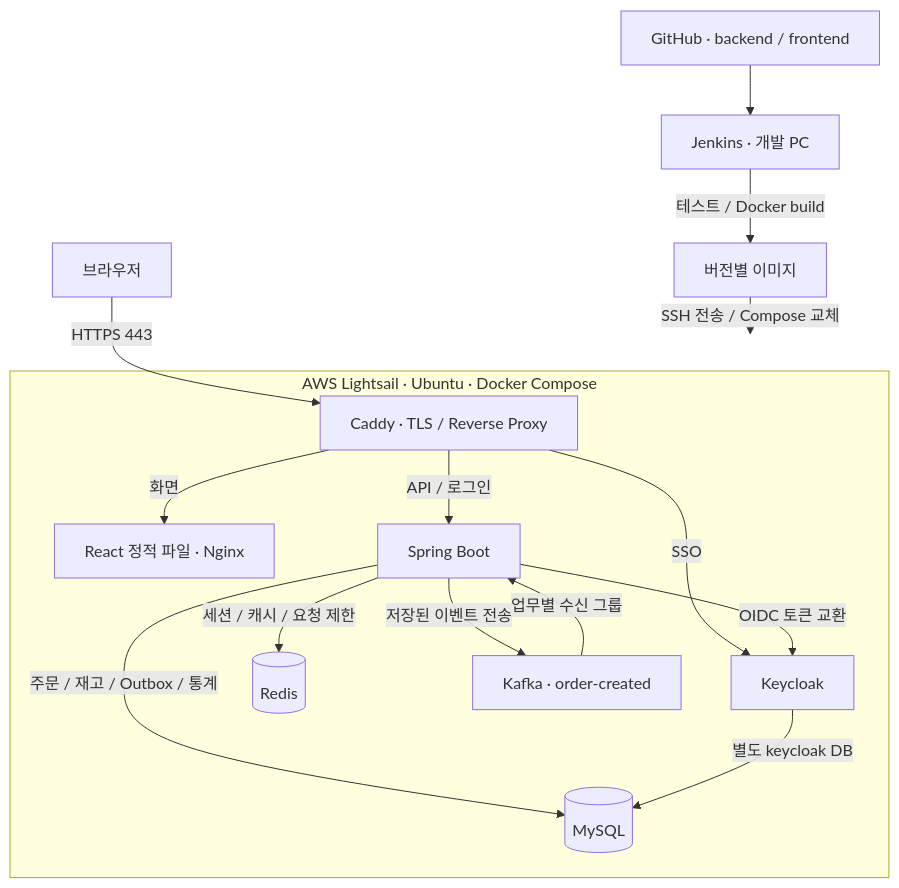
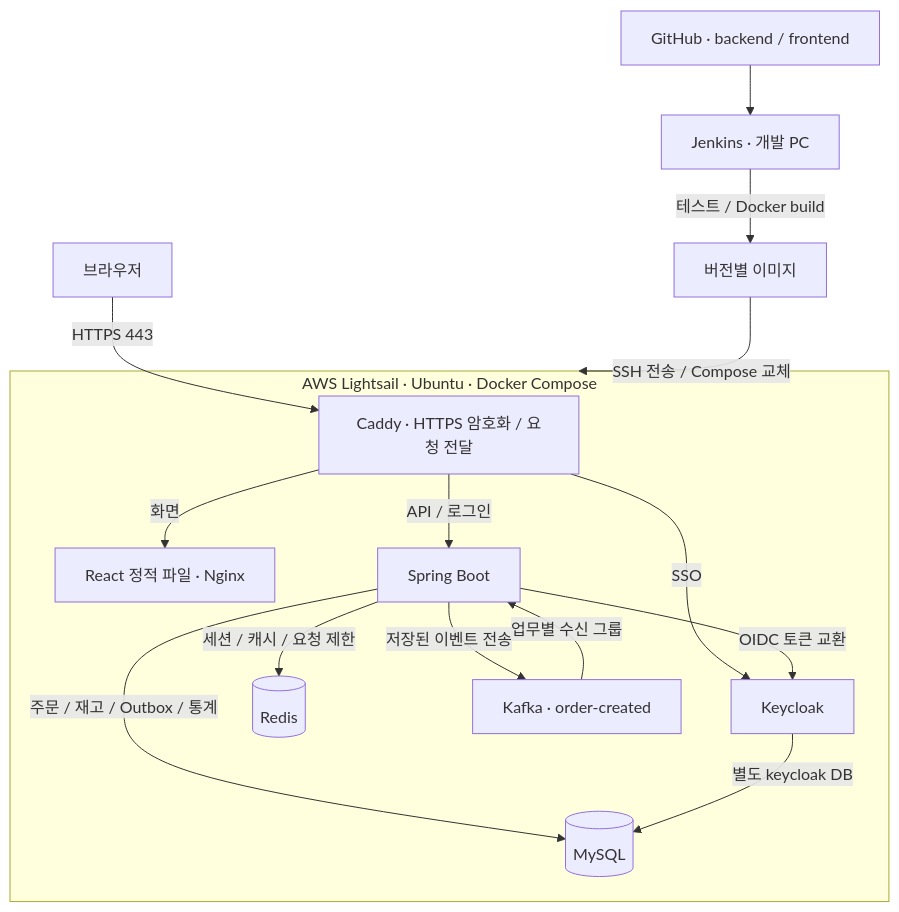
One commit to whdcks0101-beep/admin-api changed the first of 3 diagrams in docs/portfolio/architecture.md. Above: the diagram before and after it, drawn with Mermaid. The commit also changed other lines of this file and 6 other files, not shown here.

````diff
--- a/docs/portfolio/architecture.md
+++ b/docs/portfolio/architecture.md
@@ -5,19 +5,19 @@
 ```mermaid
 flowchart TB
   B[브라우저] -->|HTTPS 443| C
   subgraph AWS[AWS Lightsail · Ubuntu · Docker Compose]
-    C[Caddy · TLS / Reverse Proxy]
+    C[Caddy · HTTPS 암호화 / 요청 전달]
     C -->|화면| F[React 정적 파일 · Nginx]
     C -->|API / 로그인| A[Spring Boot]
     C -->|SSO| K[Keycloak]
     A -->|주문 / 재고 / Outbox / 통계| M[(MySQL)]
     K -->|별도 keycloak DB| M
     A -->|세션 / 캐시 / 요청 제한| R[(Redis)]
     A -->|저장된 이벤트 전송| Q[Kafka · order-created]
     Q -->|업무별 수신 그룹| A
     A -->|OIDC 토큰 교환| K
   end
   G[GitHub · backend / frontend] --> J[Jenkins · 개발 PC]
   J -->|테스트 / Docker build| I[버전별 이미지]
   I -->|SSH 전송 / Compose 교체| AWS
 ```
````
